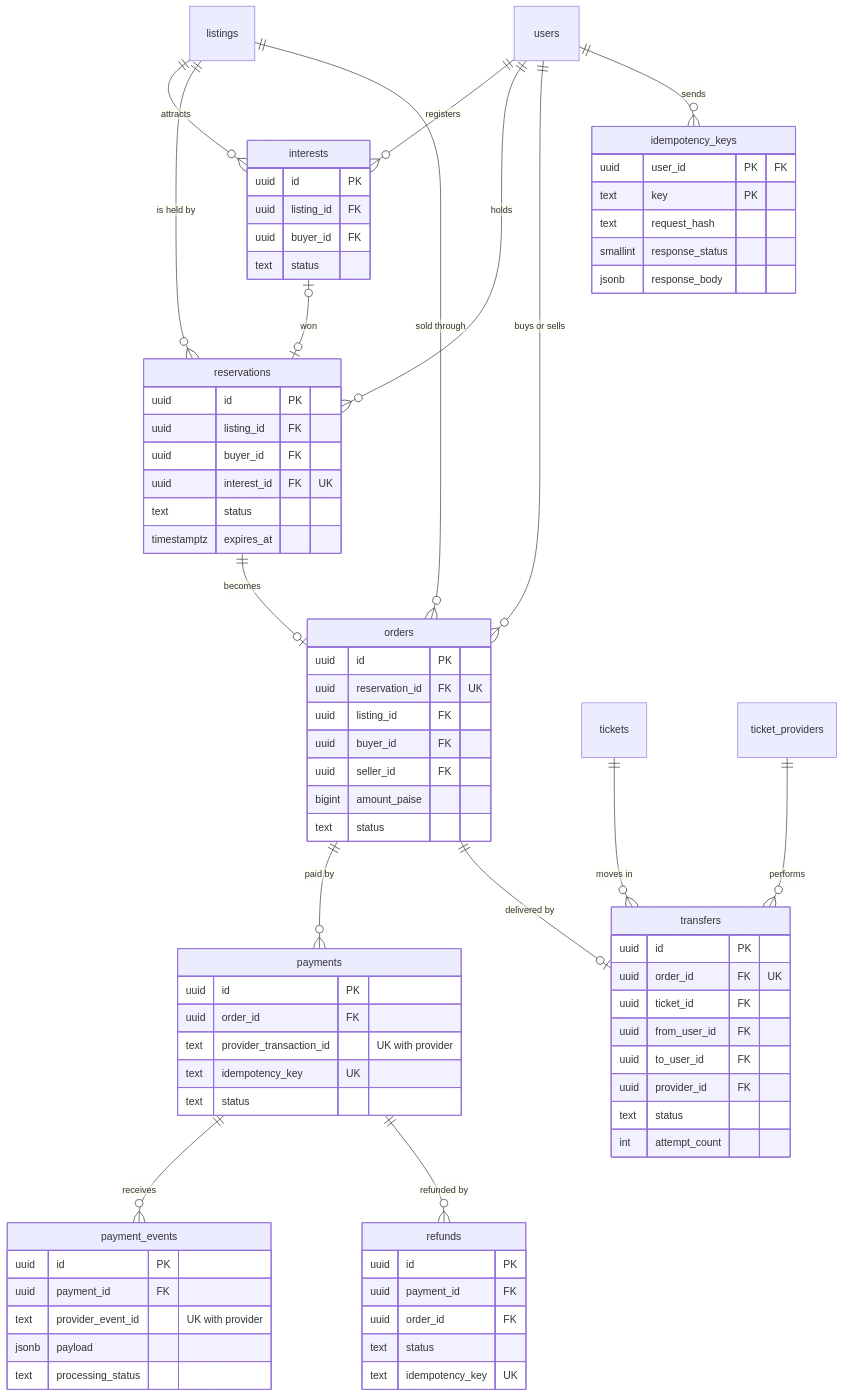
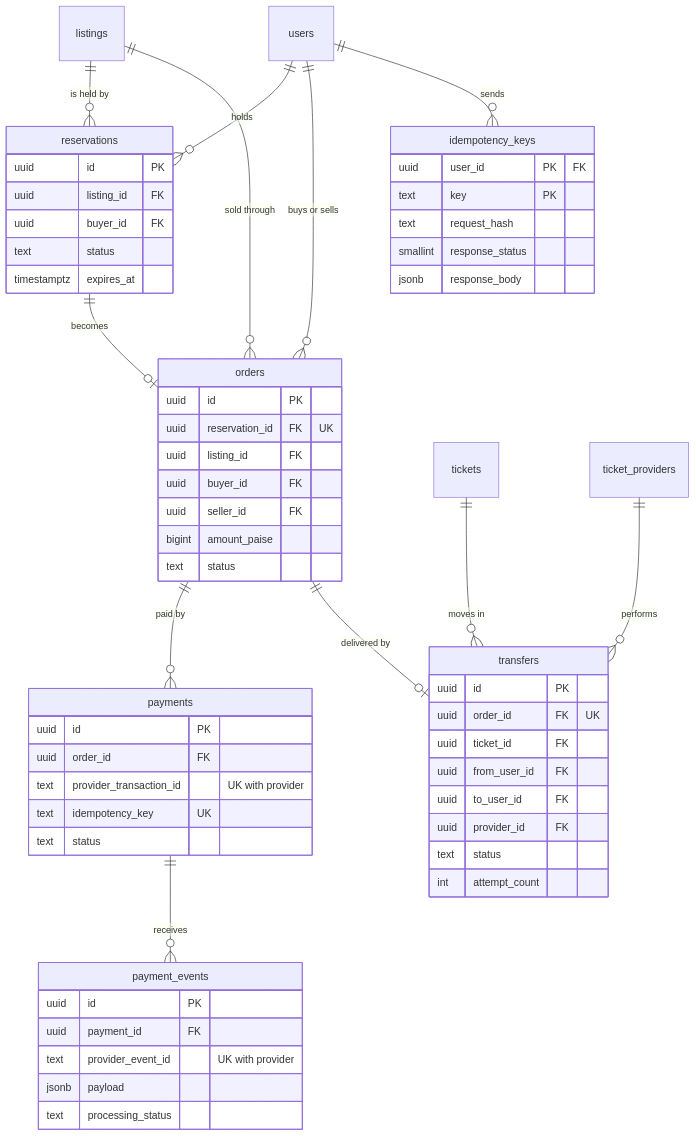
The second of 3 diagrams in docs/database-design.md (asw-beep/TicketLoop), drawn with Mermaid before and after one commit. The commit also changed other lines of this file and 11 other files, not shown here.

First line of the commit message:
Plan: slim the roadmap to seven modules

````diff
--- a/docs/database-design.md
+++ b/docs/database-design.md
@@ -106,80 +106,62 @@
 ```mermaid
 erDiagram
-    listings ||--o{ interests : "attracts"
-    users ||--o{ interests : "registers"
     listings ||--o{ reservations : "is held by"
     users ||--o{ reservations : "holds"
-    interests |o--o| reservations : "won"
     reservations ||--o| orders : "becomes"
     listings ||--o{ orders : "sold through"
     users ||--o{ orders : "buys or sells"
     users ||--o{ idempotency_keys : "sends"
     orders ||--o{ payments : "paid by"
     payments ||--o{ payment_events : "receives"
-    payments ||--o{ refunds : "refunded by"
     orders ||--o| transfers : "delivered by"
     tickets ||--o{ transfers : "moves in"
     ticket_providers ||--o{ transfers : "performs"
 
-    interests {
-        uuid id PK
-        uuid listing_id FK
-        uuid buyer_id FK
-        text status
-    }
     reservations {
         uuid id PK
         uuid listing_id FK
         uuid buyer_id FK
-        uuid interest_id FK "UK"
         text status
         timestamptz expires_at
     }
     orders {
         uuid id PK
         uuid reservation_id FK "UK"
         uuid listing_id FK
         uuid buyer_id FK
         uuid seller_id FK
         bigint amount_paise
         text status
     }
     idempotency_keys {
         uuid user_id PK "FK"
         text key PK
         text request_hash
         smallint response_status
         jsonb response_body
     }
     payments {
         uuid id PK
         uuid order_id FK
         text provider_transaction_id "UK with provider"
         text idempotency_key UK
         text status
     }
     payment_events {
         uuid id PK
         uuid payment_id FK
         text provider_event_id "UK with provider"
         jsonb payload
         text processing_status
     }
-    refunds {
-        uuid id PK
-        uuid payment_id FK
-        uuid order_id FK
-        text status
-        text idempotency_key UK
-    }
     transfers {
         uuid id PK
         uuid order_id FK "UK"
         uuid ticket_id FK
         uuid from_user_id FK
         uuid to_user_id FK
         uuid provider_id FK
         text status
         int attempt_count
     }
 ```
````
